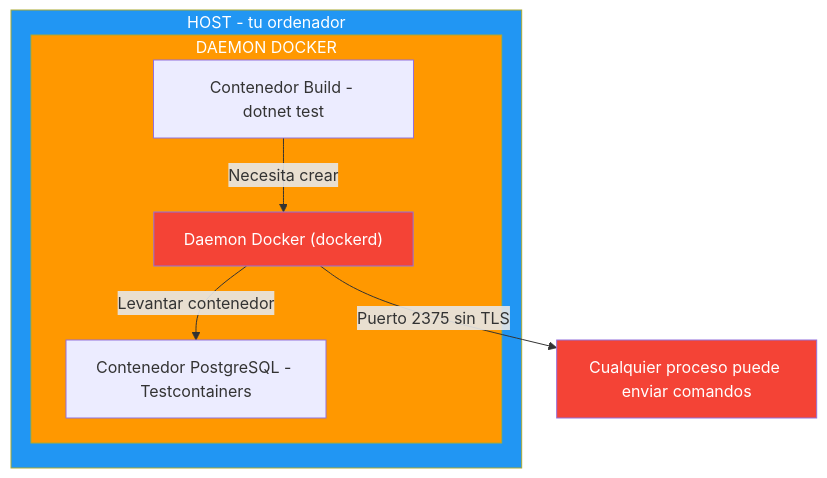
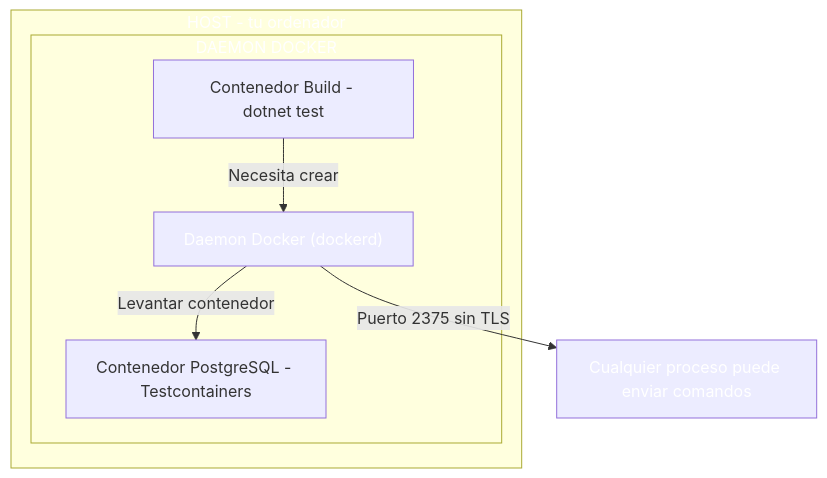
The first of 3 diagrams in 22-testing-avanzado.md (joseluisgs/DesarrolloWebEntornosServidor-01-2026-2027), drawn with Mermaid before and after one commit. The commit also changed other lines of this file and 66 other files, not shown here.

First line of the commit message:
fix: normalizar titulos al castellano de frase y corregir la paleta de mermaid

````diff
--- a/22-testing-avanzado.md
+++ b/22-testing-avanzado.md
@@ -566,16 +566,16 @@
 ```mermaid
 graph TD
     subgraph HOST["HOST - tu ordenador"]
         subgraph DOCKER["DAEMON DOCKER"]
             A["Contenedor Build - dotnet test"] -->|"Necesita crear"| B["Daemon Docker (dockerd)"]
             B -->|"Levantar contenedor"| C["Contenedor PostgreSQL - Testcontainers"]
         end
     end
 
     B -->|"Puerto 2375 sin TLS"| D["Cualquier proceso puede enviar comandos"]
 
-    style HOST fill:#2196F3,color:#fff
-    style DOCKER fill:#FF9800,color:#fff
-    style B fill:#f44336,color:#fff
-    style D fill:#f44336,color:#fff
+    style HOST fill:#2196F,color:#fff3,color:#fff
+    style DOCKER fill:#FF980,color:#fff0,color:#fff
+    style B fill:#f4433,color:#fff6,color:#fff
+    style D fill:#f4433,color:#fff6,color:#fff
 ```
````
